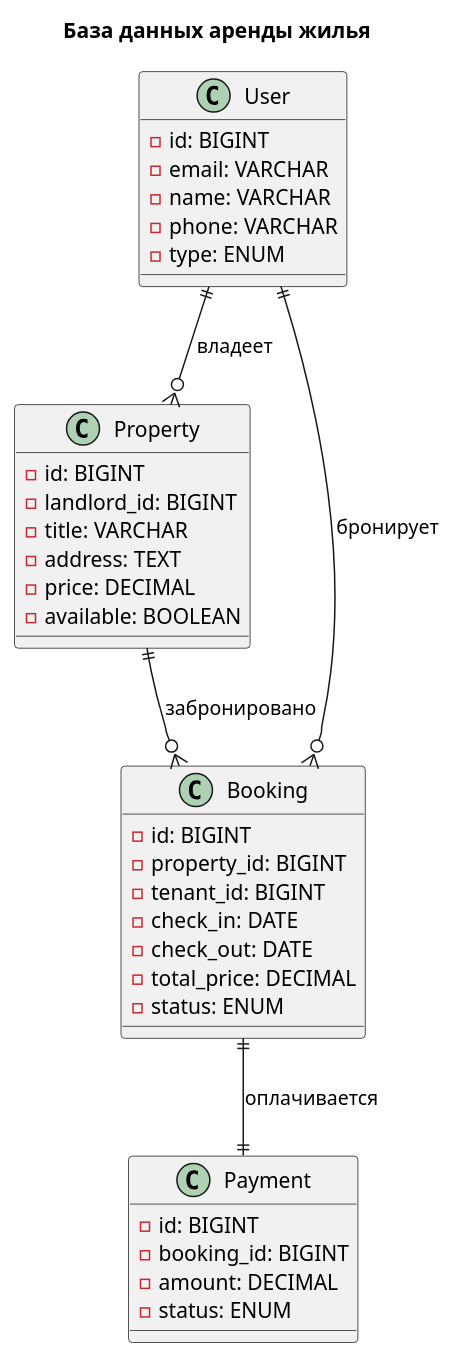
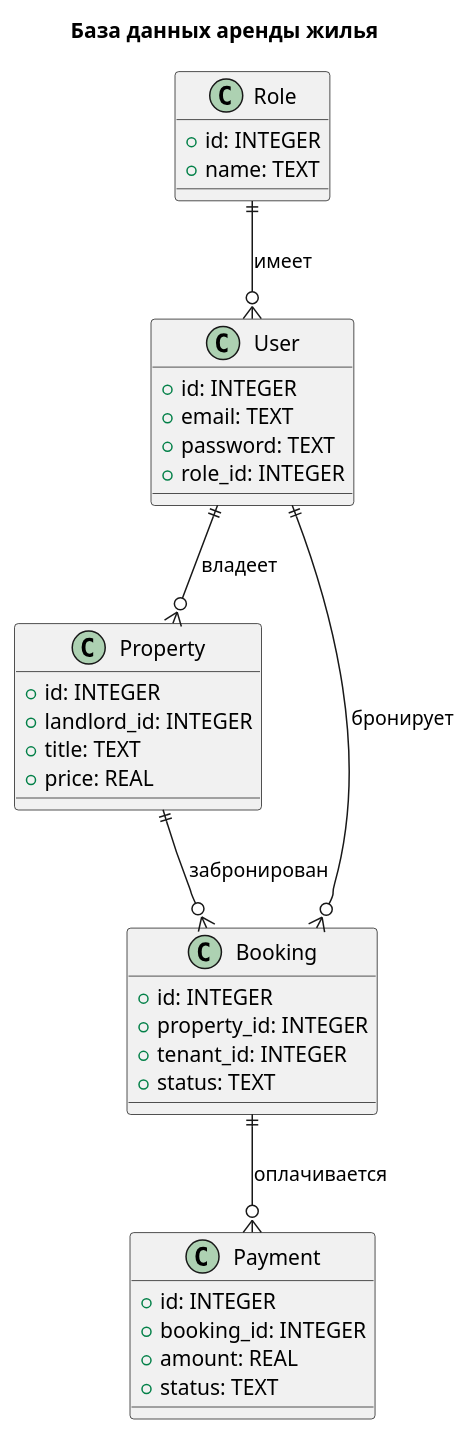
The diagram in мдк 11 01 проект 02/Class Diagram.puml (CaseBattle/231-20-tikhonenkov), drawn with PlantUML before and after one commit. The commit also changed 12 other files, not shown here.

```diff
--- a/мдк 11 01 проект 02/Class Diagram.puml
+++ b/мдк 11 01 проект 02/Class Diagram.puml
@@ -1,44 +1,54 @@
 @startuml
 title База данных аренды жилья
 
+' ========================
+' СУЩНОСТИ
+' ========================
+
+class Role {
+  + id: INTEGER
+  + name: TEXT
+}
+
 class User {
-  - id: BIGINT
-  - email: VARCHAR
-  - name: VARCHAR
-  - phone: VARCHAR
-  - type: ENUM
+  + id: INTEGER
+  + email: TEXT
+  + password: TEXT
+  + role_id: INTEGER
 }
 
 class Property {
-  - id: BIGINT
-  - landlord_id: BIGINT
-  - title: VARCHAR
-  - address: TEXT
-  - price: DECIMAL
-  - available: BOOLEAN
+  + id: INTEGER
+  + landlord_id: INTEGER
+  + title: TEXT
+  + price: REAL
 }
 
 class Booking {
-  - id: BIGINT
-  - property_id: BIGINT
-  - tenant_id: BIGINT
-  - check_in: DATE
-  - check_out: DATE
-  - total_price: DECIMAL
-  - status: ENUM
+  + id: INTEGER
+  + property_id: INTEGER
+  + tenant_id: INTEGER
+  + status: TEXT
 }
 
 class Payment {
-  - id: BIGINT
-  - booking_id: BIGINT
-  - amount: DECIMAL
-  - status: ENUM
+  + id: INTEGER
+  + booking_id: INTEGER
+  + amount: REAL
+  + status: TEXT
 }
 
-' Связи между таблицами
+' ========================
+' СВЯЗИ
+' ========================
+
+Role ||--o{ User : имеет
+
 User ||--o{ Property : владеет
 User ||--o{ Booking : бронирует
-Property ||--o{ Booking : забронировано
-Booking ||--|| Payment : оплачивается
+
+Property ||--o{ Booking : забронирован
+
+Booking ||--o{ Payment : оплачивается
 
 @enduml
```
